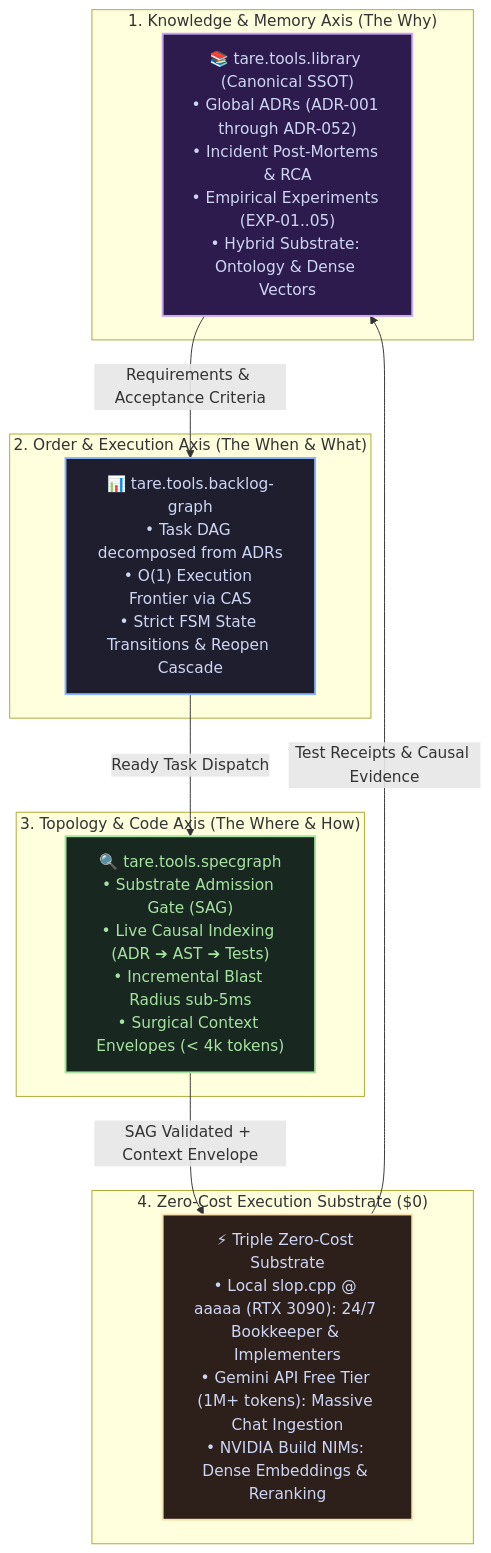
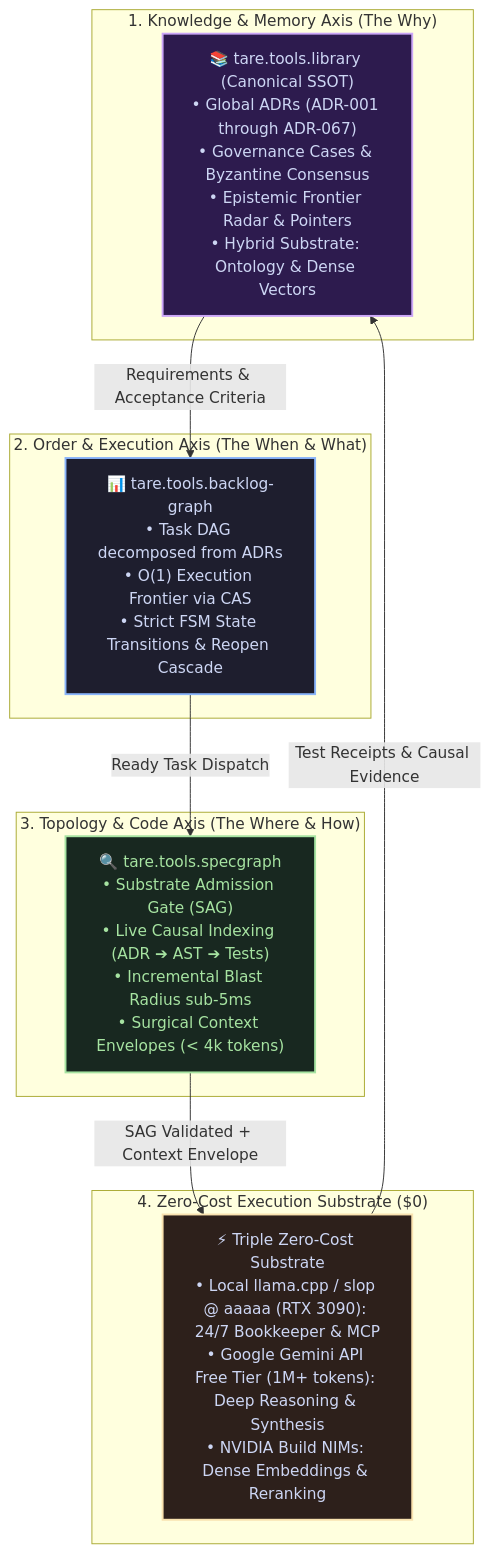
One commit to augusto-scarvalho/tare.tools.library changed the first of 2 diagrams in README.md. Above: the diagram before and after it, drawn with Mermaid. The commit also changed other lines of this file and 4 other files, not shown here.

Commit message:
docs(readme): modernize badges, convert ASCII diagrams to Mermaid, and update canonical taxonomy map

````diff
--- a/README.md
+++ b/README.md
@@ -52,33 +54,33 @@
 ```mermaid
 flowchart TD
     subgraph Axis1 ["1. Knowledge & Memory Axis (The Why)"]
-        Library["📚 tare.tools.library (Canonical SSOT)<br/>• Global ADRs (ADR-001 through ADR-052)<br/>• Incident Post-Mortems & RCA<br/>• Empirical Experiments (EXP-01..05)<br/>• Hybrid Substrate: Ontology & Dense Vectors"]
+        Library["📚 tare.tools.library (Canonical SSOT)<br/>• Global ADRs (ADR-001 through ADR-067)<br/>• Governance Cases & Byzantine Consensus<br/>• Epistemic Frontier Radar & Pointers<br/>• Hybrid Substrate: Ontology & Dense Vectors"]
     end
 
     subgraph Axis2 ["2. Order & Execution Axis (The When & What)"]
         Backlog["📊 tare.tools.backlog-graph<br/>• Task DAG decomposed from ADRs<br/>• O(1) Execution Frontier via CAS<br/>• Strict FSM State Transitions & Reopen Cascade"]
     end
 
     subgraph Axis3 ["3. Topology & Code Axis (The Where & How)"]
         Spec["🔍 tare.tools.specgraph<br/>• Substrate Admission Gate (SAG)<br/>• Live Causal Indexing (ADR ➔ AST ➔ Tests)<br/>• Incremental Blast Radius sub-5ms<br/>• Surgical Context Envelopes (< 4k tokens)"]
     end
 
     subgraph Execution ["4. Zero-Cost Execution Substrate ($0)"]
-        ZeroCost["⚡ Triple Zero-Cost Substrate<br/>• Local slop.cpp @ aaaaa (RTX 3090): 24/7 Bookkeeper & Implementers<br/>• Gemini API Free Tier (1M+ tokens): Massive Chat Ingestion<br/>• NVIDIA Build NIMs: Dense Embeddings & Reranking"]
+        ZeroCost["⚡ Triple Zero-Cost Substrate<br/>• Local llama.cpp / slop @ aaaaa (RTX 3090): 24/7 Bookkeeper & MCP<br/>• Google Gemini API Free Tier (1M+ tokens): Deep Reasoning & Synthesis<br/>• NVIDIA Build NIMs: Dense Embeddings & Reranking"]
     end
 
     Library -->|Requirements & Acceptance Criteria| Backlog
     Backlog -->|Ready Task Dispatch| Spec
     Spec -->|SAG Validated + Context Envelope| ZeroCost
     ZeroCost -->|Test Receipts & Causal Evidence| Library
 
     classDef lStyle fill:#2d1b4e,stroke:#cba6f7,stroke-width:2px,color:#cdd6f4;
     classDef bStyle fill:#1e1e2e,stroke:#89b4fa,stroke-width:2px,color:#cdd6f4;
     classDef sStyle fill:#182820,stroke:#a6e3a1,stroke-width:2px,color:#a6e3a1;
     classDef zStyle fill:#2d201b,stroke:#f9e2af,stroke-width:2px,color:#cdd6f4;
 
     class Library lStyle;
     class Backlog bStyle;
     class Spec sStyle;
     class ZeroCost zStyle;
 ```
````
